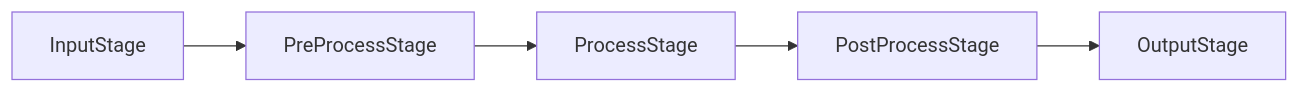
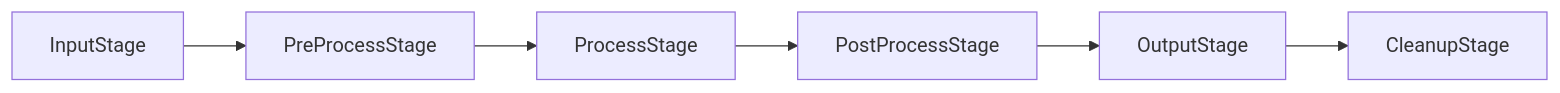
Before and after one commit to Bappoz/perceptor: the diagram in website/docs/conceitos/pipeline-e-stages.md, drawn with Mermaid. The commit also changed other lines of this file and 15 other files, not shown here.

First line of the commit message:
feat(pipeline): despawn processed frames in a CleanupStage

````diff
--- a/website/docs/conceitos/pipeline-e-stages.md
+++ b/website/docs/conceitos/pipeline-e-stages.md
@@ -11,4 +11,4 @@
 ```mermaid
 flowchart LR
-    I[InputStage] --> P[PreProcessStage] --> C[ProcessStage] --> O[PostProcessStage] --> S[OutputStage]
+    I[InputStage] --> P[PreProcessStage] --> C[ProcessStage] --> O[PostProcessStage] --> S[OutputStage] --> L[CleanupStage]
 ```
````
